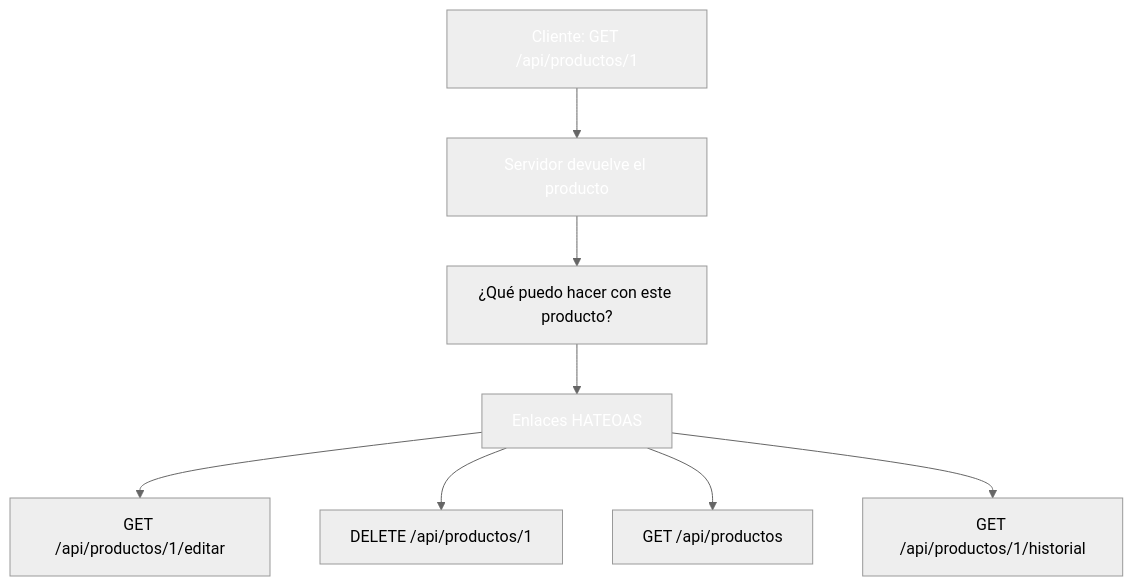
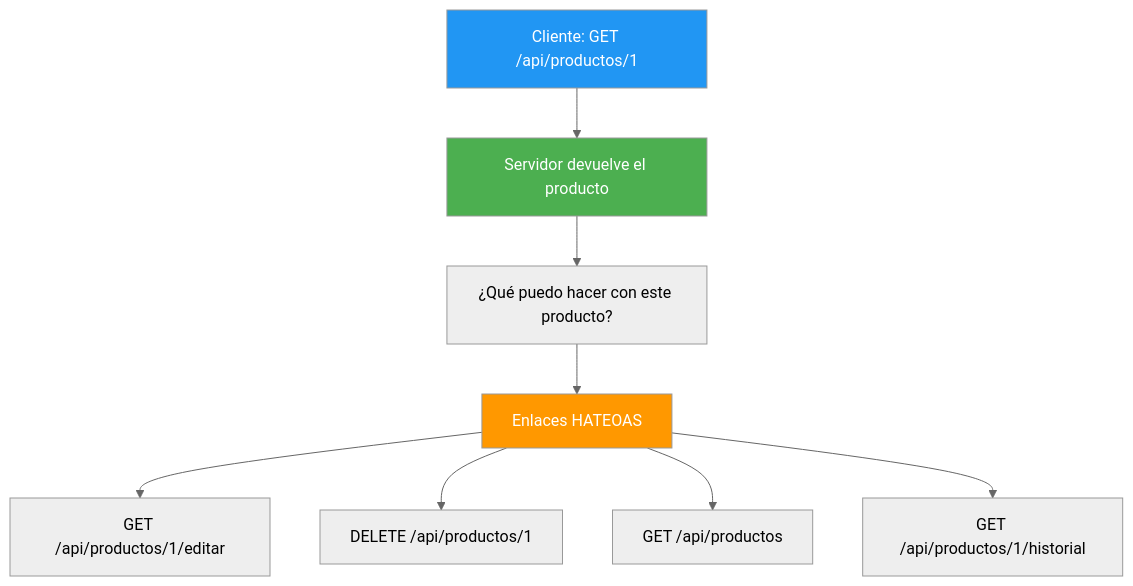
Before and after one commit to joseluisgs/DesarrolloWebEntornosServidor-02-2026-2027: the tenth of 11 diagrams in 08-dtos-mapeadores-validaciones.md, drawn with Mermaid (neutral theme). The commit also changed other lines of this file and 29 other files, not shown here.

Commit message:
docs: corregir estilos Mermaid y estilo, quitar referencias a la Tienda y reestructurar los retos 13 y 15

````diff
--- a/08-dtos-mapeadores-validaciones.md
+++ b/08-dtos-mapeadores-validaciones.md
@@ -1072,14 +1072,14 @@
 ```mermaid
 flowchart TD
     A["Cliente: GET /api/productos/1"] --> B["Servidor devuelve el producto"]
     B --> C["¿Qué puedo hacer con este producto?"]
     C --> D["Enlaces HATEOAS"]
     D --> E["GET /api/productos/1/editar"]
     D --> F["DELETE /api/productos/1"]
     D --> G["GET /api/productos"]
     D --> H["GET /api/productos/1/historial"]
 
-    style A fill:#2196F,color:#fff3,color:#fff
-    style B fill:#4CAF5,color:#fff0,color:#fff
-    style D fill:#FF980,color:#fff0,color:#fff
+    style A fill:#2196F3,color:#fff
+    style B fill:#4CAF50,color:#fff
+    style D fill:#FF9800,color:#fff
 ```
````
